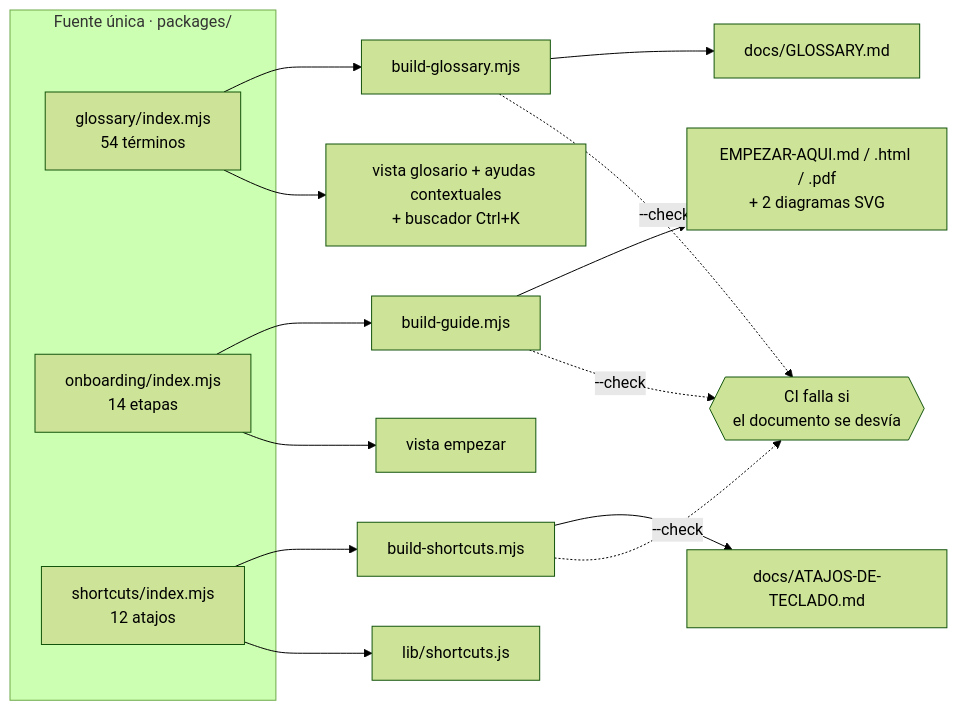
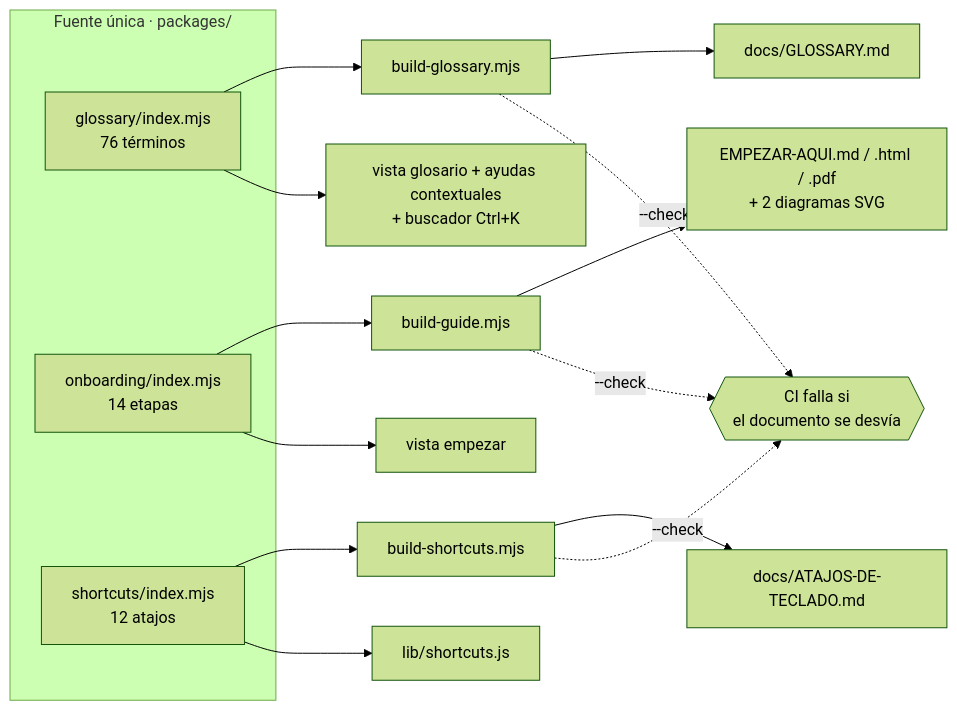
Before and after one commit to vladimiracunadev-create/empresa-operativa-chile: the second of 2 diagrams in docs/system-documentation/06-deep-code-explanation.md, drawn with Mermaid (forest theme). The commit also changed 63 other files, not shown here.

````diff
--- a/docs/system-documentation/06-deep-code-explanation.md
+++ b/docs/system-documentation/06-deep-code-explanation.md
@@ -607,24 +607,24 @@
 ```mermaid
 flowchart LR
     subgraph FUENTE["Fuente única · packages/"]
-        G["glossary/index.mjs<br/>54 términos"]
+        G["glossary/index.mjs<br/>76 términos"]
         O["onboarding/index.mjs<br/>14 etapas"]
         S["shortcuts/index.mjs<br/>12 atajos"]
     end
 
     G --> BG["build-glossary.mjs"]
     O --> BU["build-guide.mjs"]
     S --> BS["build-shortcuts.mjs"]
 
     BG --> DG["docs/GLOSSARY.md"]
     BU --> DU["EMPEZAR-AQUI.md / .html / .pdf<br/>+ 2 diagramas SVG"]
     BS --> DS["docs/ATAJOS-DE-TECLADO.md"]
 
     G --> VG["vista glosario + ayudas contextuales<br/>+ buscador Ctrl+K"]
     O --> VO["vista empezar"]
     S --> VS["lib/shortcuts.js"]
 
     BG -.->|"--check"| CI{{"CI falla si<br/>el documento se desvía"}}
     BU -.->|"--check"| CI
     BS -.->|"--check"| CI
 ```
````
